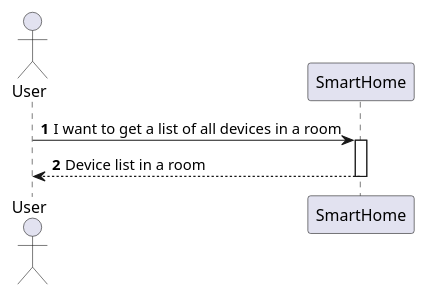
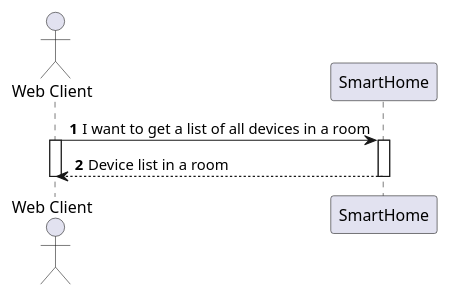
The diagram in docs/ooa/C4_4plus1_models/Level1/ProcessView/ProcessViewLevel1_UC22.puml (olivDiogo/SmartHome), drawn with PlantUML before and after one commit. The commit also changed 6 other files, not shown here.

```diff
--- a/docs/ooa/C4_4plus1_models/Level1/ProcessView/ProcessViewLevel1_UC22.puml
+++ b/docs/ooa/C4_4plus1_models/Level1/ProcessView/ProcessViewLevel1_UC22.puml
@@ -1,19 +1,21 @@
 @startuml
 'https://plantuml.com/sequence-diagram
 !pragma layout smetana
 
 autonumber
 
-actor "User" as User
+actor "Web Client" as User
 
 participant "SmartHome" as SH
 
 User -> SH : I want to get a list of all devices in a room
+activate User
 activate SH
 
 
 SH --> User : Device list in a room
+deactivate User
 deactivate SH
 
 
 @enduml
```
